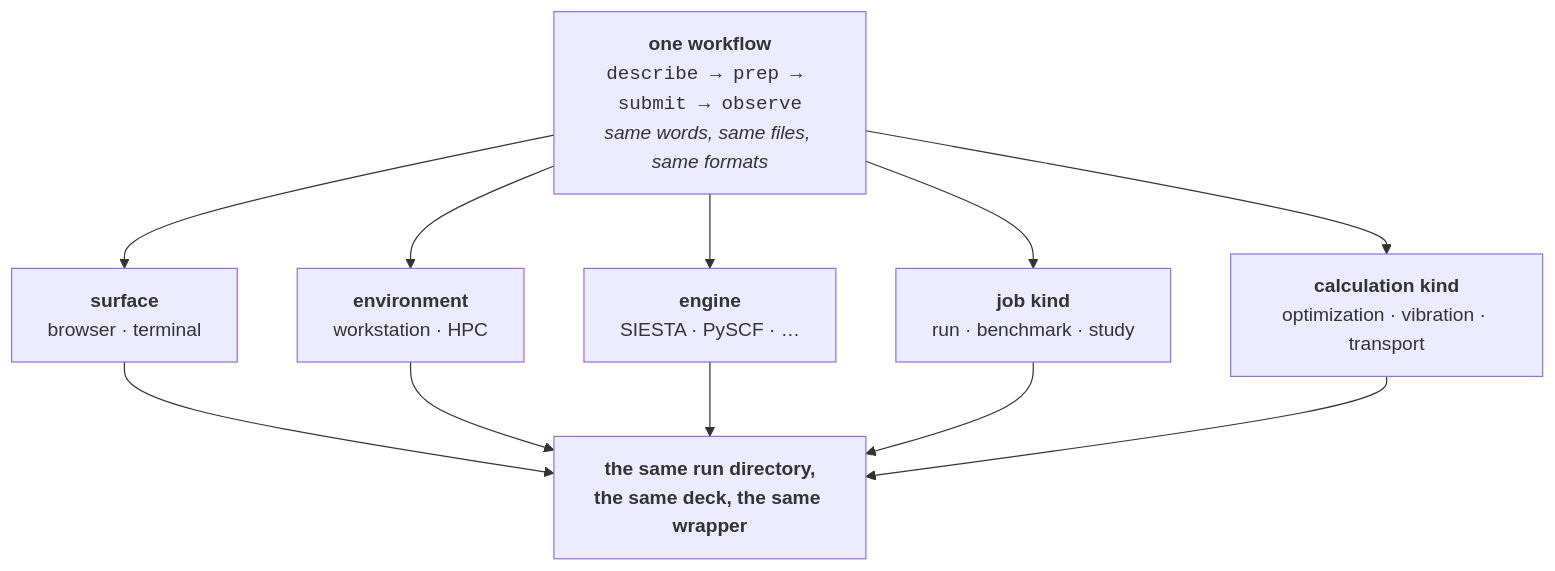
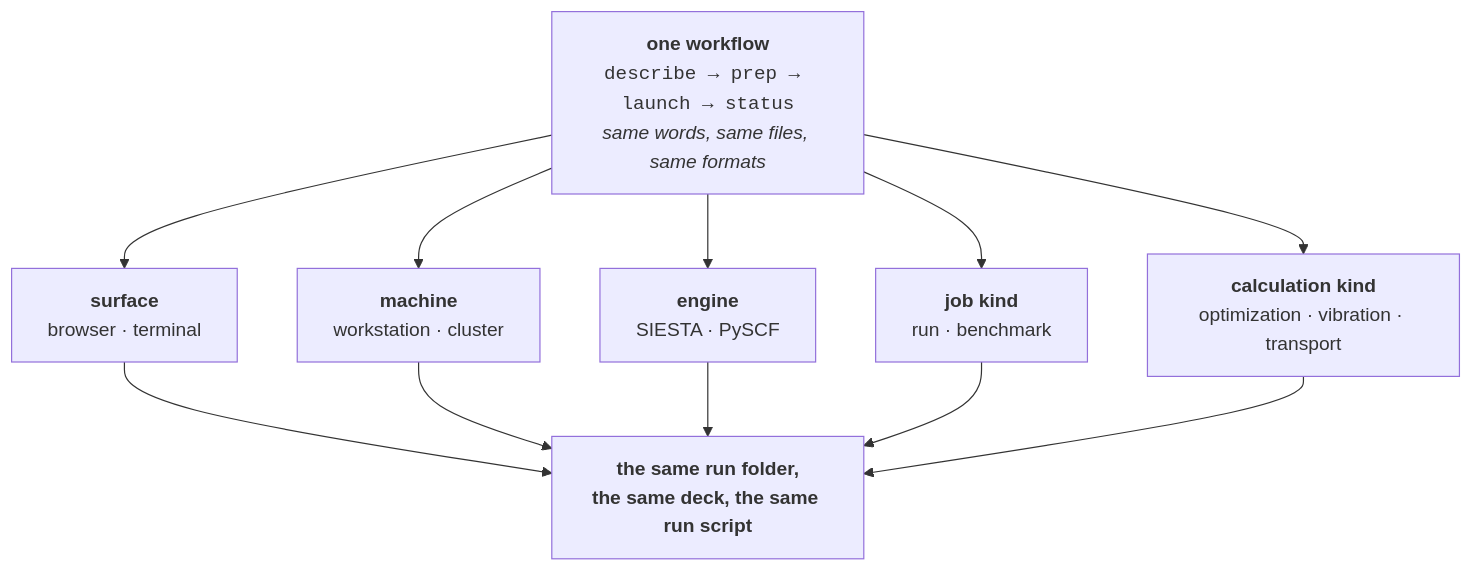
Before and after one commit to Qing-LAB/molbuilder: the first of 7 diagrams in docs/execution/architecture.md, drawn with Mermaid. The commit also changed other lines of this file and 30 other files, not shown here.

````diff
--- a/docs/execution/architecture.md
+++ b/docs/execution/architecture.md
@@ -35,14 +42,14 @@
 ```mermaid
 flowchart TB
-    W["<b>one workflow</b><br/><code>describe → prep → submit → observe</code><br/><i>same words, same files, same formats</i>"]
+    W["<b>one workflow</b><br/><code>describe → prep → launch → status</code><br/><i>same words, same files, same formats</i>"]
     W --> A1["<b>surface</b><br/>browser · terminal"]
-    W --> A2["<b>environment</b><br/>workstation · HPC"]
-    W --> A4["<b>engine</b><br/>SIESTA · PySCF · …"]
-    W --> A5["<b>job kind</b><br/>run · benchmark · study"]
+    W --> A2["<b>machine</b><br/>workstation · cluster"]
+    W --> A4["<b>engine</b><br/>SIESTA · PySCF"]
+    W --> A5["<b>job kind</b><br/>run · benchmark"]
     W --> A6["<b>calculation kind</b><br/>optimization · vibration · transport"]
-    A1 --> R["<b>the same run directory,<br/>the same deck, the same wrapper</b>"]
+    A1 --> R["<b>the same run folder,<br/>the same deck, the same run script</b>"]
     A2 --> R
     A4 --> R
     A5 --> R
     A6 --> R
 ```
````
